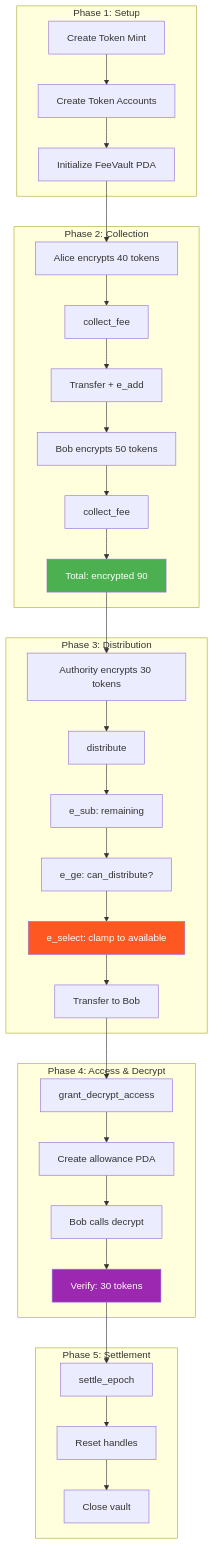
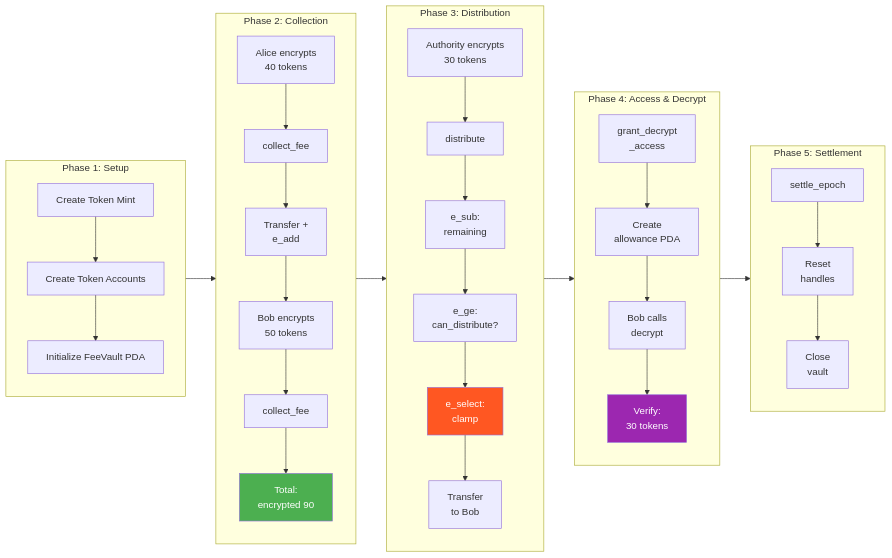
One commit to Rahul-Prasad-07/Confidential-Economic-Engine changed diagram 13 of 21 in README.md. Above: the diagram before and after it, drawn with Mermaid. The commit also changed other lines of this file, not shown here.

````diff
--- a/README.md
+++ b/README.md
@@ -540,43 +540,48 @@
 ```mermaid
-graph TB
+graph LR
     subgraph "Phase 1: Setup"
+        direction TB
         S1[Create Token Mint] --> S2[Create Token Accounts]
         S2 --> S3[Initialize FeeVault PDA]
     end
     
     subgraph "Phase 2: Collection"
-        C1[Alice encrypts 40 tokens] --> C2[collect_fee]
-        C2 --> C3[Transfer + e_add]
-        C3 --> C4[Bob encrypts 50 tokens]
+        direction TB
+        C1[Alice encrypts<br/>40 tokens] --> C2[collect_fee]
+        C2 --> C3[Transfer +<br/>e_add]
+        C3 --> C4[Bob encrypts<br/>50 tokens]
         C4 --> C5[collect_fee]
-        C5 --> C6[Total: encrypted 90]
+        C5 --> C6[Total:<br/>encrypted 90]
     end
     
     subgraph "Phase 3: Distribution"
-        D1[Authority encrypts 30 tokens] --> D2[distribute]
-        D2 --> D3[e_sub: remaining]
-        D3 --> D4[e_ge: can_distribute?]
-        D4 --> D5[e_select: clamp to available]
-        D5 --> D6[Transfer to Bob]
+        direction TB
+        D1[Authority encrypts<br/>30 tokens] --> D2[distribute]
+        D2 --> D3[e_sub:<br/>remaining]
+        D3 --> D4[e_ge:<br/>can_distribute?]
+        D4 --> D5[e_select:<br/>clamp]
+        D5 --> D6[Transfer<br/>to Bob]
     end
     
     subgraph "Phase 4: Access & Decrypt"
-        A1[grant_decrypt_access] --> A2[Create allowance PDA]
-        A2 --> A3[Bob calls decrypt]
-        A3 --> A4[Verify: 30 tokens]
+        direction TB
+        A1[grant_decrypt<br/>_access] --> A2[Create<br/>allowance PDA]
+        A2 --> A3[Bob calls<br/>decrypt]
+        A3 --> A4[Verify:<br/>30 tokens]
     end
     
     subgraph "Phase 5: Settlement"
-        E1[settle_epoch] --> E2[Reset handles]
-        E2 --> E3[Close vault]
+        direction TB
+        E1[settle_epoch] --> E2[Reset<br/>handles]
+        E2 --> E3[Close<br/>vault]
     end
     
     S3 --> C1
     C6 --> D1
     D6 --> A1
     A4 --> E1
     
     style C6 fill:#4CAF50,color:#fff
     style D5 fill:#FF5722,color:#fff
     style A4 fill:#9C27B0,color:#fff
 ```
````
